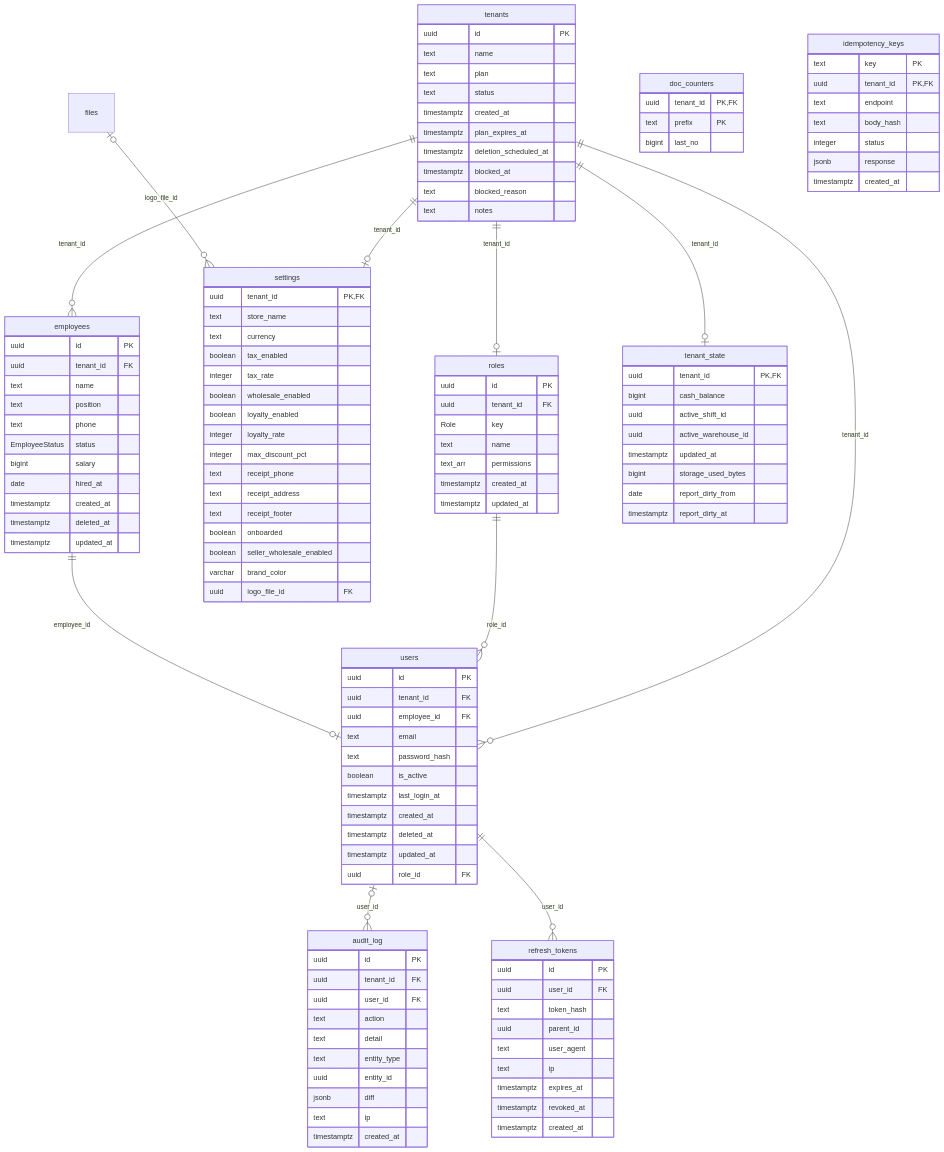
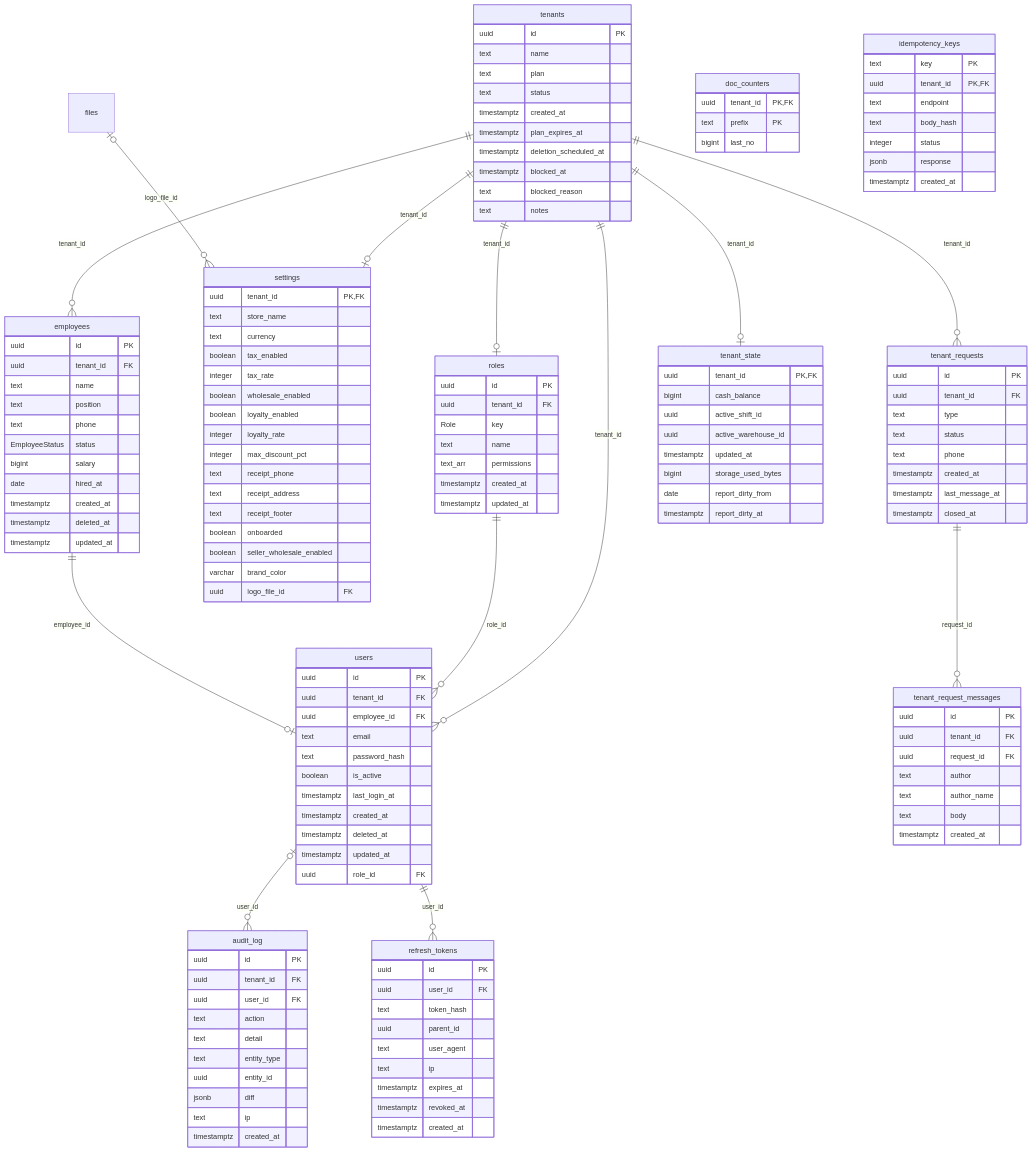
One commit to Ulugbek-Mominjonov/crm-api changed the second of 10 diagrams in docs/database/README.md. Above: the diagram before and after it, drawn with Mermaid. The commit also changed other lines of this file and 37 other files, not shown here.

````diff
--- a/docs/database/README.md
+++ b/docs/database/README.md
@@ -79,9 +80,11 @@
     employees ||--o| users : "employee_id"
     files |o--o{ settings : "logo_file_id"
     roles ||--o{ users : "role_id"
+    tenant_requests ||--o{ tenant_request_messages : "request_id"
     tenants ||--o{ employees : "tenant_id"
     tenants ||--o| roles : "tenant_id"
     tenants ||--o| settings : "tenant_id"
+    tenants ||--o{ tenant_requests : "tenant_id"
     tenants ||--o| tenant_state : "tenant_id"
     tenants ||--o{ users : "tenant_id"
     users |o--o{ audit_log : "user_id"
@@ -198,4 +201,23 @@
         text ip
         timestamptz created_at
     }
+    tenant_requests {
+        uuid id PK
+        uuid tenant_id FK
+        text type
+        text status
+        text phone
+        timestamptz created_at
+        timestamptz last_message_at
+        timestamptz closed_at
+    }
+    tenant_request_messages {
+        uuid id PK
+        uuid tenant_id FK
+        uuid request_id FK
+        text author
+        text author_name
+        text body
+        timestamptz created_at
+    }
 ```
````
